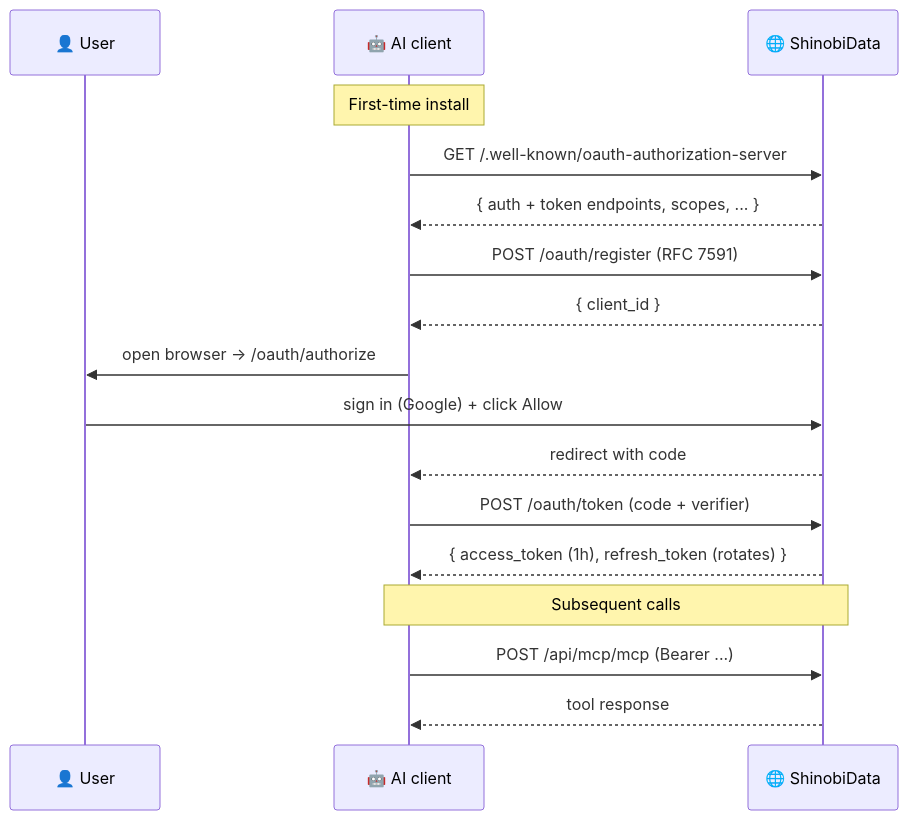
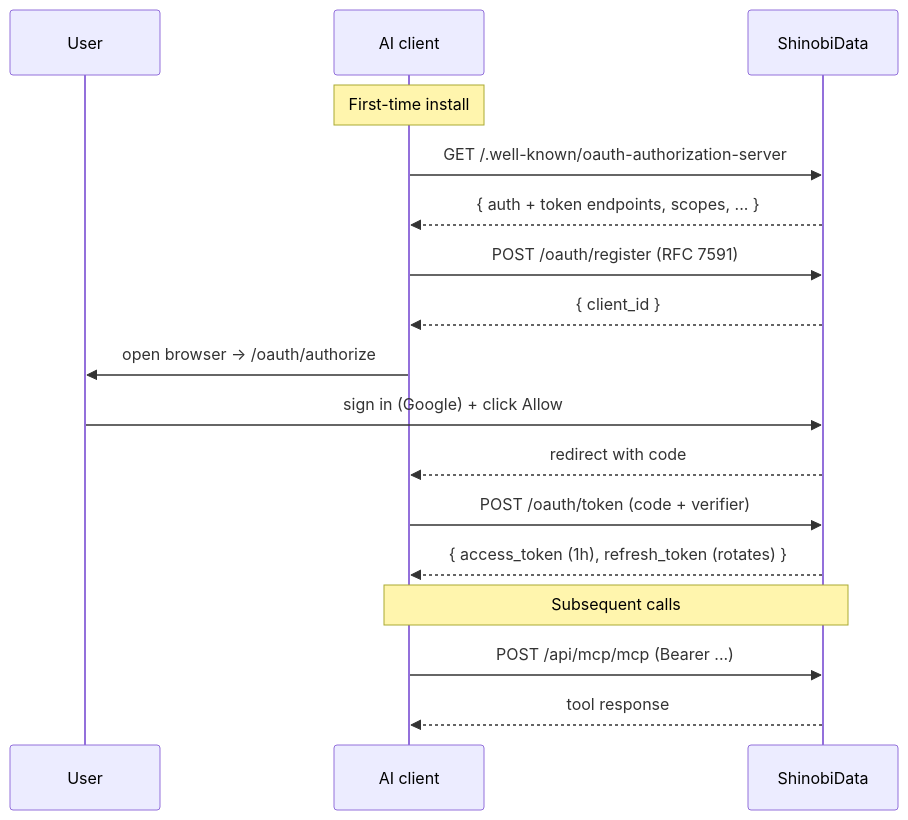
The second of 3 diagrams in docs/architecture.md (niyamvora/shinobidata), drawn with Mermaid before and after one commit. The commit also changed other lines of this file and 17 other files, not shown here.

````diff
--- a/docs/architecture.md
+++ b/docs/architecture.md
@@ -45,20 +38,20 @@
 ```mermaid
 sequenceDiagram
-    participant U as 👤 User
-    participant C as 🤖 AI client
-    participant M as 🌐 ShinobiData
+    participant U as User
+    participant C as AI client
+    participant M as ShinobiData
 
     Note over C: First-time install
     C->>M: GET /.well-known/oauth-authorization-server
     M-->>C: { auth + token endpoints, scopes, ... }
     C->>M: POST /oauth/register (RFC 7591)
     M-->>C: { client_id }
     C->>U: open browser → /oauth/authorize
     U->>M: sign in (Google) + click Allow
     M-->>C: redirect with code
     C->>M: POST /oauth/token (code + verifier)
     M-->>C: { access_token (1h), refresh_token (rotates) }
     Note over C,M: Subsequent calls
     C->>M: POST /api/mcp/mcp (Bearer ...)
     M-->>C: tool response
 ```
````
